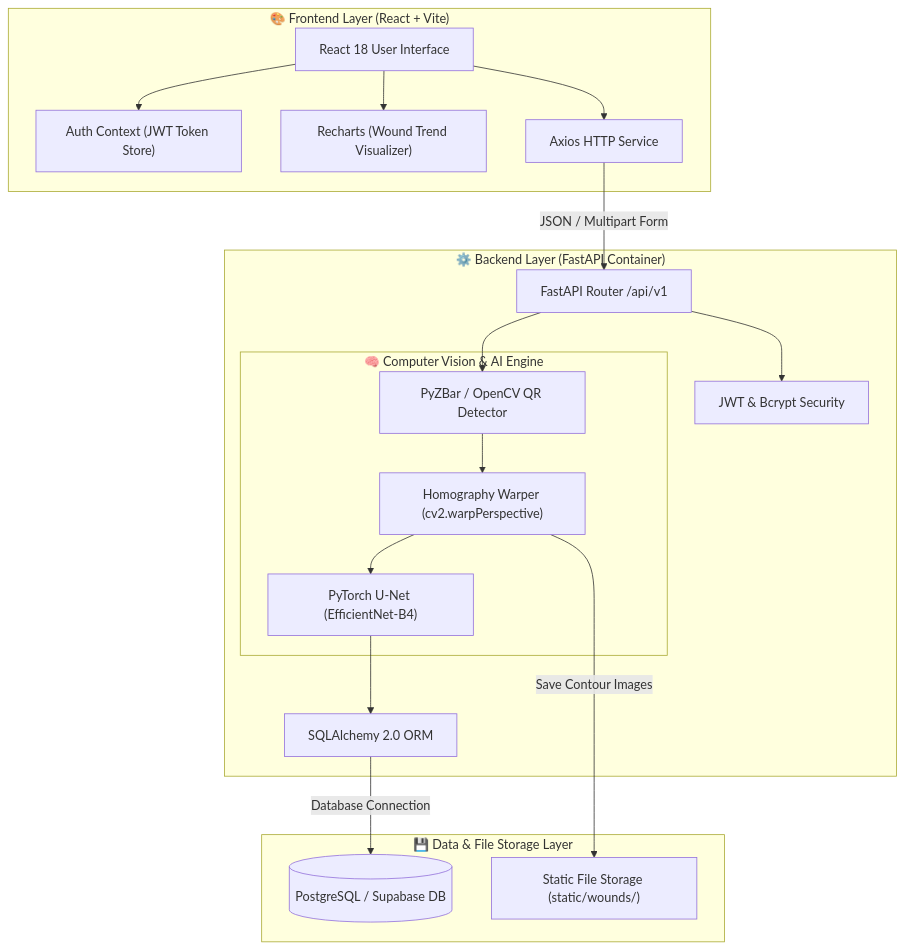
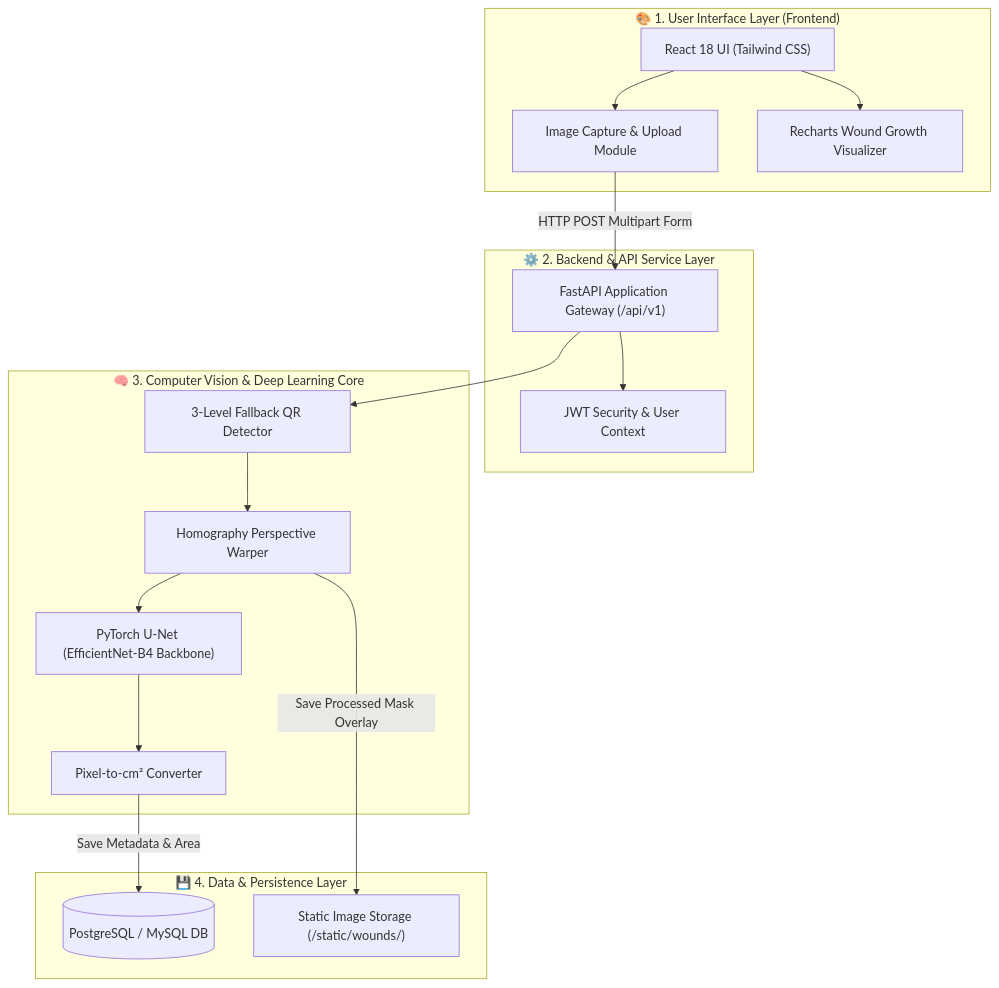
Before and after one commit to SarayutSupsin/ProjectYear4_Diabetic_segmentaion_system: the first of 2 diagrams in document/system_architecture_spec.md, drawn with Mermaid. The commit also changed other lines of this file and 6 other files, not shown here.

````diff
--- a/document/system_architecture_spec.md
+++ b/document/system_architecture_spec.md
@@ -70,39 +21,37 @@
 ```mermaid
 graph TB
-    subgraph ClientLayer ["🎨 Frontend Layer (React + Vite)"]
-        UI["React 18 User Interface"]
-        AuthCtx["Auth Context (JWT Token Store)"]
-        RechartsComp["Recharts (Wound Trend Visualizer)"]
-        AxiosClient["Axios HTTP Service"]
-        UI --> AuthCtx
-        UI --> RechartsComp
-        UI --> AxiosClient
+    subgraph ClientLayer ["🎨 1. User Interface Layer (Frontend)"]
+        UI["React 18 UI (Tailwind CSS)"]
+        UploadComp["Image Capture & Upload Module"]
+        TrendComp["Recharts Wound Growth Visualizer"]
+        UI --> UploadComp
+        UI --> TrendComp
     end
 
-    subgraph ServerLayer ["⚙️ Backend Layer (FastAPI Container)"]
-        Router["FastAPI Router /api/v1"]
-        AuthModule["JWT & Bcrypt Security"]
+    subgraph ServerLayer ["⚙️ 2. Backend & API Service Layer"]
+        Router["FastAPI Application Gateway (/api/v1)"]
+        AuthModule["JWT Security & User Context"]
+        Router --> AuthModule
+    end
+
+    subgraph AIEngine ["🧠 3. Computer Vision & Deep Learning Core"]
+        QRDetect["3-Level Fallback QR Detector"]
+        WarpEngine["Homography Perspective Warper"]
+        UNetModel["PyTorch U-Net (EfficientNet-B4 Backbone)"]
+        AreaCalc["Pixel-to-cm² Converter"]
         
-        subgraph AIEngine ["🧠 Computer Vision & AI Engine"]
-            QRDetect["PyZBar / OpenCV QR Detector"]
-            WarpEngine["Homography Warper (cv2.warpPerspective)"]
-            UNetModel["PyTorch U-Net (EfficientNet-B4)"]
-        end
-        
-        SQLAlchemyORM["SQLAlchemy 2.0 ORM"]
-        Router --> AuthModule
         Router --> QRDetect
         QRDetect --> WarpEngine
         WarpEngine --> UNetModel
-        UNetModel --> SQLAlchemyORM
+        UNetModel --> AreaCalc
     end
 
-    subgraph StorageLayer ["💾 Data & File Storage Layer"]
-        DB[(PostgreSQL / Supabase DB)]
-        FileStore["Static File Storage (static/wounds/)"]
+    subgraph StorageLayer ["💾 4. Data & Persistence Layer"]
+        DB[(PostgreSQL / MySQL DB)]
+        FileStore["Static Image Storage (/static/wounds/)"]
     end
 
-    AxiosClient -->|JSON / Multipart Form| Router
-    SQLAlchemyORM -->|Database Connection| DB
-    WarpEngine -->|Save Contour Images| FileStore
+    UploadComp -->|HTTP POST Multipart Form| Router
+    AreaCalc -->|Save Metadata & Area| DB
+    WarpEngine -->|Save Processed Mask Overlay| FileStore
 ```
````
